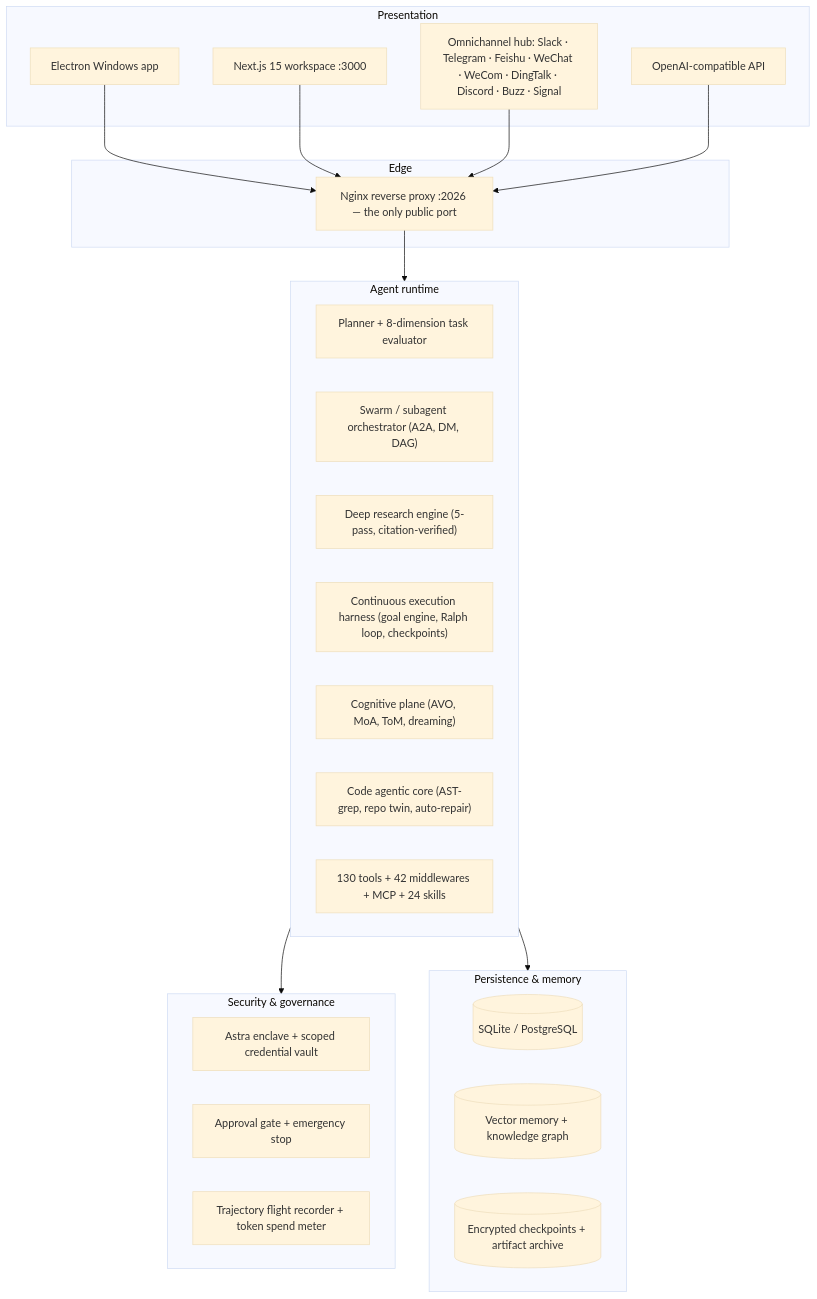
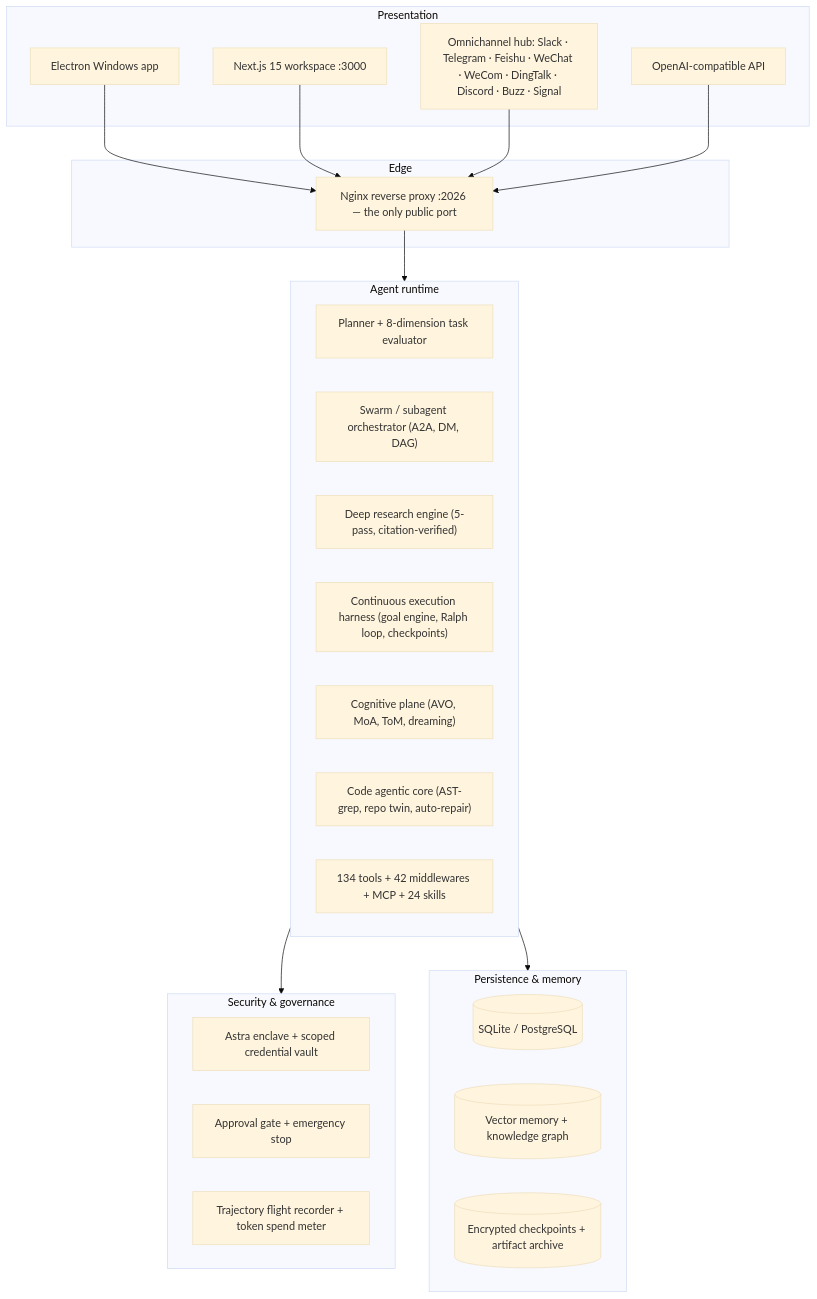
The diagram in README.md (itsPremkumar/alpha), drawn with Mermaid (base theme) before and after one commit. The commit also changed other lines of this file and 7 other files, not shown here.

````diff
--- a/README.md
+++ b/README.md
@@ -133,43 +133,43 @@
 ```mermaid
 flowchart TB
     subgraph Presentation ["Presentation"]
         Electron["Electron Windows app"]
         Web["Next.js 15 workspace :3000"]
         IM["Omnichannel hub: Slack · Telegram · Feishu · WeChat · WeCom · DingTalk · Discord · Buzz · Signal"]
         OpenAICompat["OpenAI-compatible API"]
     end
 
     subgraph Edge ["Edge"]
         Nginx["Nginx reverse proxy :2026 — the only public port"]
     end
 
     subgraph Runtime ["Agent runtime"]
         Planner["Planner + 8-dimension task evaluator"]
         Orchestrator["Swarm / subagent orchestrator (A2A, DM, DAG)"]
         Research["Deep research engine (5-pass, citation-verified)"]
         Harness["Continuous execution harness (goal engine, Ralph loop, checkpoints)"]
         Cognition["Cognitive plane (AVO, MoA, ToM, dreaming)"]
         CodeCore["Code agentic core (AST-grep, repo twin, auto-repair)"]
-        Tools["130 tools + 42 middlewares + MCP + 24 skills"]
+        Tools["134 tools + 42 middlewares + MCP + 24 skills"]
     end
 
     subgraph Security ["Security & governance"]
         Astra["Astra enclave + scoped credential vault"]
         Approval["Approval gate + emergency stop"]
         Audit["Trajectory flight recorder + token spend meter"]
     end
 
     subgraph Storage ["Persistence & memory"]
         DB[("SQLite / PostgreSQL")]
         Mem[("Vector memory + knowledge graph")]
         CKPT[("Encrypted checkpoints + artifact archive")]
     end
 
     Electron --> Nginx
     Web --> Nginx
     IM --> Nginx
     OpenAICompat --> Nginx
     Nginx --> Runtime
     Runtime --> Security
     Runtime --> Storage
 ```
````
